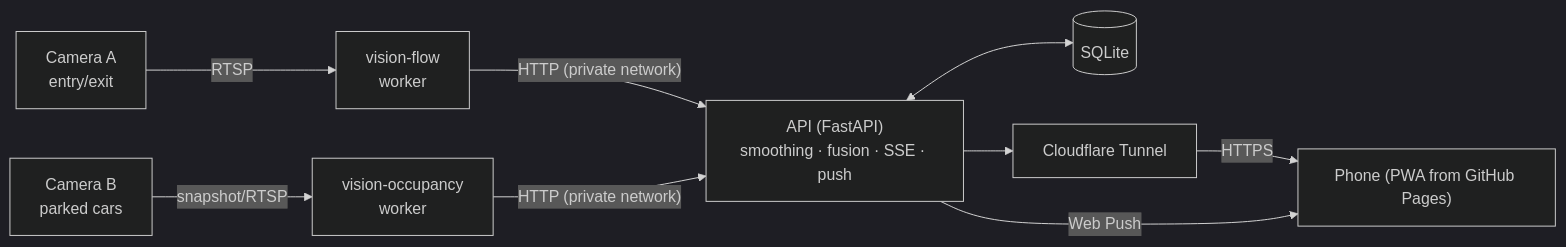
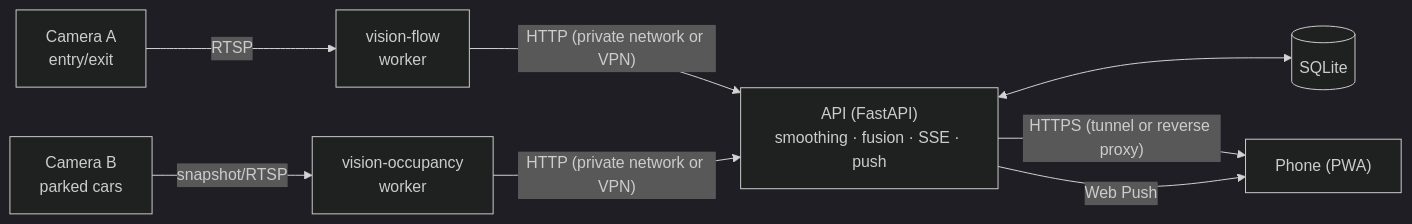
One commit to iulian-redinciuc/parking-app changed the first of 2 diagrams in PLAN.md. Above: the diagram before and after it, drawn with Mermaid (dark theme). The commit also changed other lines of this file and 19 other files, not shown here.

````diff
--- a/PLAN.md
+++ b/PLAN.md
@@ -35,10 +41,10 @@
 ```mermaid
 flowchart LR
   CA["Camera A<br/>entry/exit"] -- RTSP --> WA["vision-flow<br/>worker"]
   CB["Camera B<br/>parked cars"] -- snapshot/RTSP --> WB["vision-occupancy<br/>worker"]
-  WA -- "HTTP (private network)" --> API["API (FastAPI)<br/>smoothing · fusion · SSE · push"]
-  WB -- "HTTP (private network)" --> API
+  WA -- "HTTP (private network or VPN)" --> API["API (FastAPI)<br/>smoothing · fusion · SSE · push"]
+  WB -- "HTTP (private network or VPN)" --> API
   API <--> DB[("SQLite")]
-  API --> T["Cloudflare Tunnel"] -- HTTPS --> Phone["Phone (PWA from GitHub Pages)"]
+  API -- "HTTPS (tunnel or reverse proxy)" --> Phone["Phone (PWA)"]
   API -- Web Push --> Phone
 ```
````
